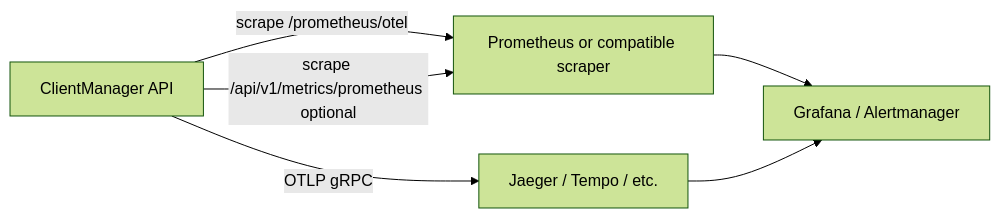
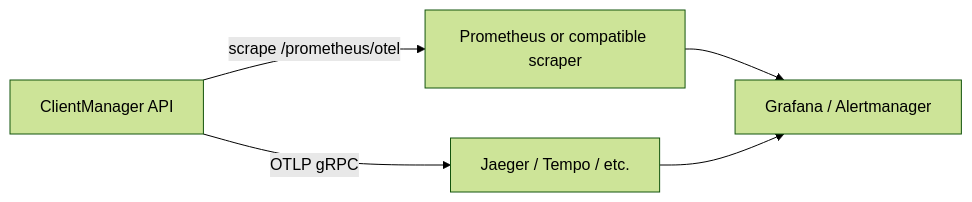
The diagram in docs/metrics-integration-guide.md (ShaharMS/ClientManager), drawn with Mermaid (forest theme) before and after one commit. The commit also changed other lines of this file and 74 other files, not shown here.

First line of the commit message:
Add regression tests and update ops docs for lean architecture.

````diff
--- a/docs/metrics-integration-guide.md
+++ b/docs/metrics-integration-guide.md
@@ -20,13 +17,12 @@
 ```mermaid
 flowchart LR
     api[ClientManager API]
     prom[Prometheus or compatible scraper]
     graf[Grafana / Alertmanager]
     jaeger[Jaeger / Tempo / etc.]
 
     api -->|scrape /prometheus/otel| prom
-    api -->|scrape /api/v1/metrics/prometheus optional| prom
     api -->|OTLP gRPC| jaeger
     prom --> graf
     jaeger --> graf
 ```
````
